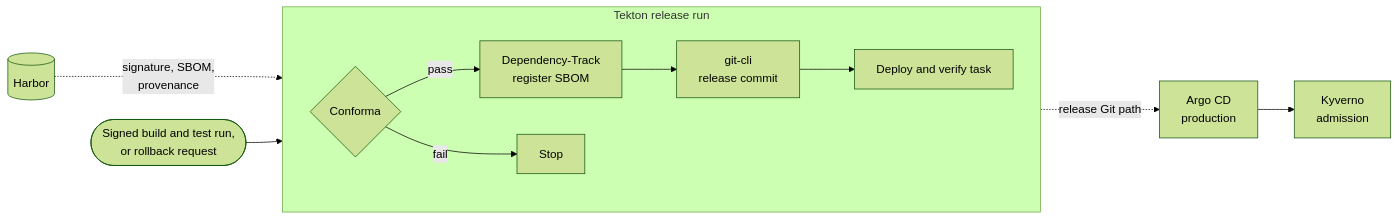
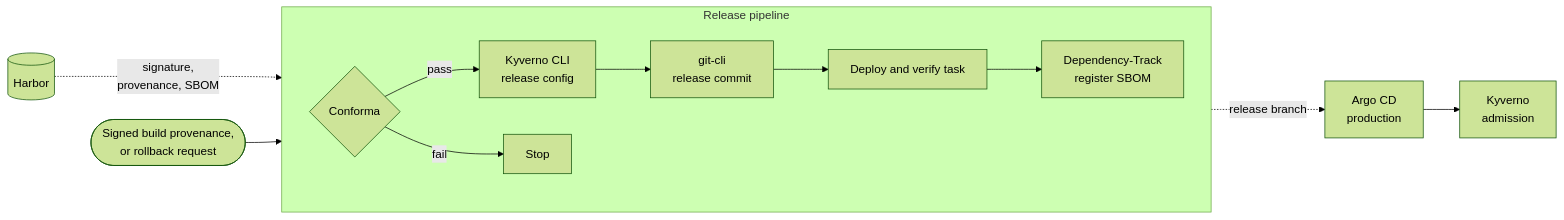
One commit to andymotta/Platform-Engineering changed the sixth of 7 diagrams in content/en/docs/reference-architectures/open-source-ssdf-cicd.md. Above: the diagram before and after it, drawn with Mermaid (forest theme). The commit also changed other lines of this file, not shown here.

First line of the commit message:
docs: define gates by evidence and tighten the release path

````diff
--- a/content/en/docs/reference-architectures/open-source-ssdf-cicd.md
+++ b/content/en/docs/reference-architectures/open-source-ssdf-cicd.md
@@ -200,11 +229,11 @@
 ```mermaid
 flowchart LR
-    subgraph REL["Tekton release run"]
+    subgraph REL["Release pipeline"]
         direction LR
-        C{"Conforma"} -->|pass| D["Dependency-Track<br/>register SBOM"] --> G["git-cli<br/>release commit"] --> DV["Deploy and verify task"]
+        C{"Conforma"} -->|pass| KC["Kyverno CLI<br/>release config"] --> G["git-cli<br/>release commit"] --> DV["Deploy and verify task"] --> D["Dependency-Track<br/>register SBOM"]
         C -->|fail| X["Stop"]
     end
-    S(["Signed build and test run,<br/>or rollback request"]) --> REL
-    H[("Harbor")] -..->|signature, SBOM,<br/>provenance| C
-    G -.->|release Git path| A["Argo CD<br/>production"] --> K["Kyverno<br/>admission"]
+    S(["Signed build provenance,<br/>or rollback request"]) --> REL
+    H[("Harbor")] -..->|signature,<br/>provenance, SBOM| C
+    G -.->|release branch| A["Argo CD<br/>production"] --> K["Kyverno<br/>admission"]
 ```
````
